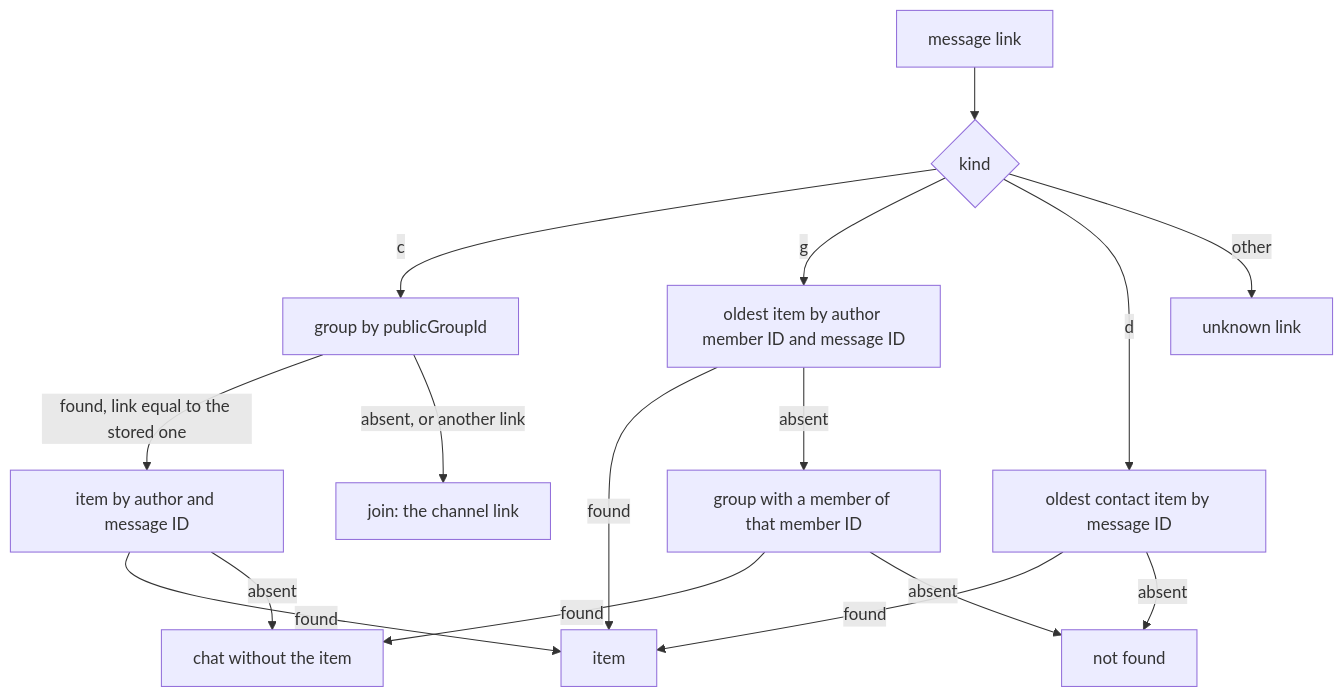
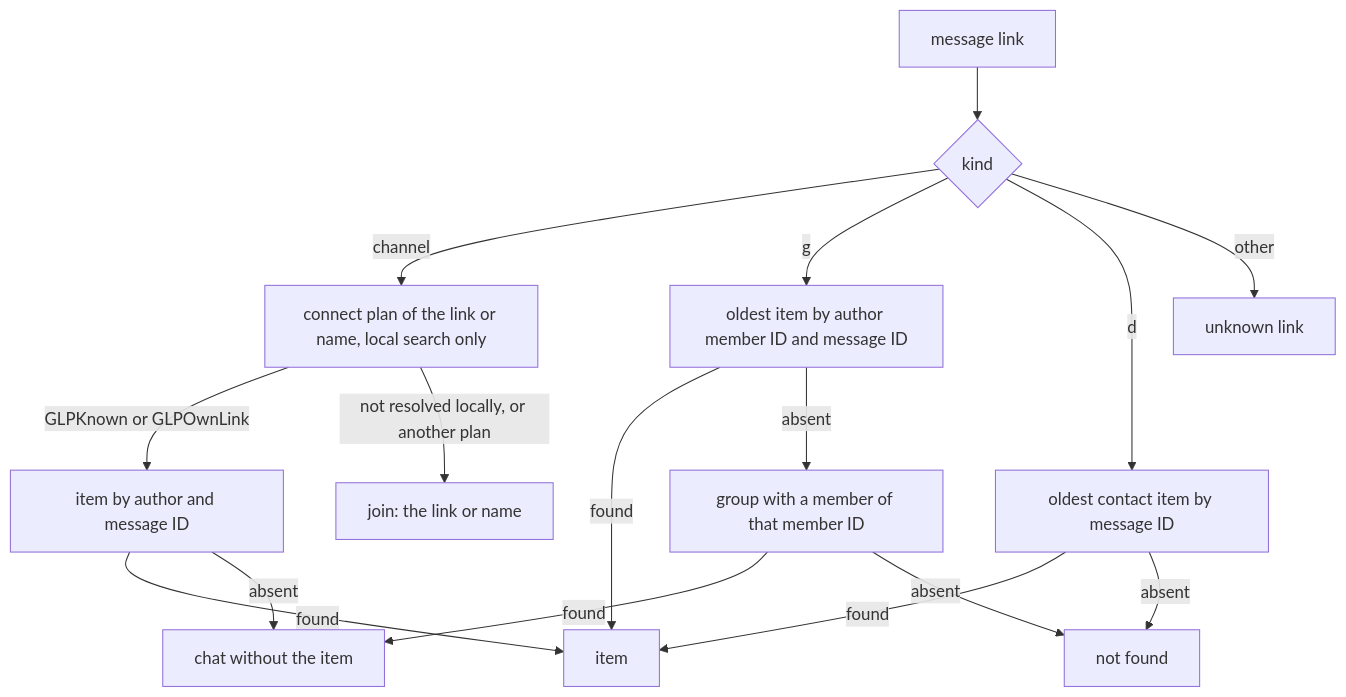
The first of 5 diagrams in plans/2026-11-22-message-references.md (evgeny-simplex/simplex-chat), drawn with Mermaid before and after one commit. The commit also changed other lines of this file, not shown here.

Commit message:
core: plan links to posts of channels the reader is not in

````diff
--- a/plans/2026-11-22-message-references.md
+++ b/plans/2026-11-22-message-references.md
@@ -111,18 +128,18 @@
 ```mermaid
 flowchart TD
   L[message link] --> K{kind}
-  K -->|c| C1[group by publicGroupId]
-  C1 -->|found, link equal to the stored one| C2[item by author and message ID]
-  C1 -->|absent, or another link| J[join: the channel link]
+  K -->|channel| C1[connect plan of the link or name, local search only]
+  C1 -->|GLPKnown or GLPOwnLink| C2[item by author and message ID]
+  C1 -->|not resolved locally, or another plan| J[join: the link or name]
   C2 -->|found| I[item]
   C2 -->|absent| CH[chat without the item]
   K -->|g| G1[oldest item by author member ID and message ID]
   G1 -->|found| I
   G1 -->|absent| G2[group with a member of that member ID]
   G2 -->|found| CH
   G2 -->|absent| N[not found]
   K -->|d| D1[oldest contact item by message ID]
   D1 -->|found| I
   D1 -->|absent| N
   K -->|other| U[unknown link]
 ```
````
